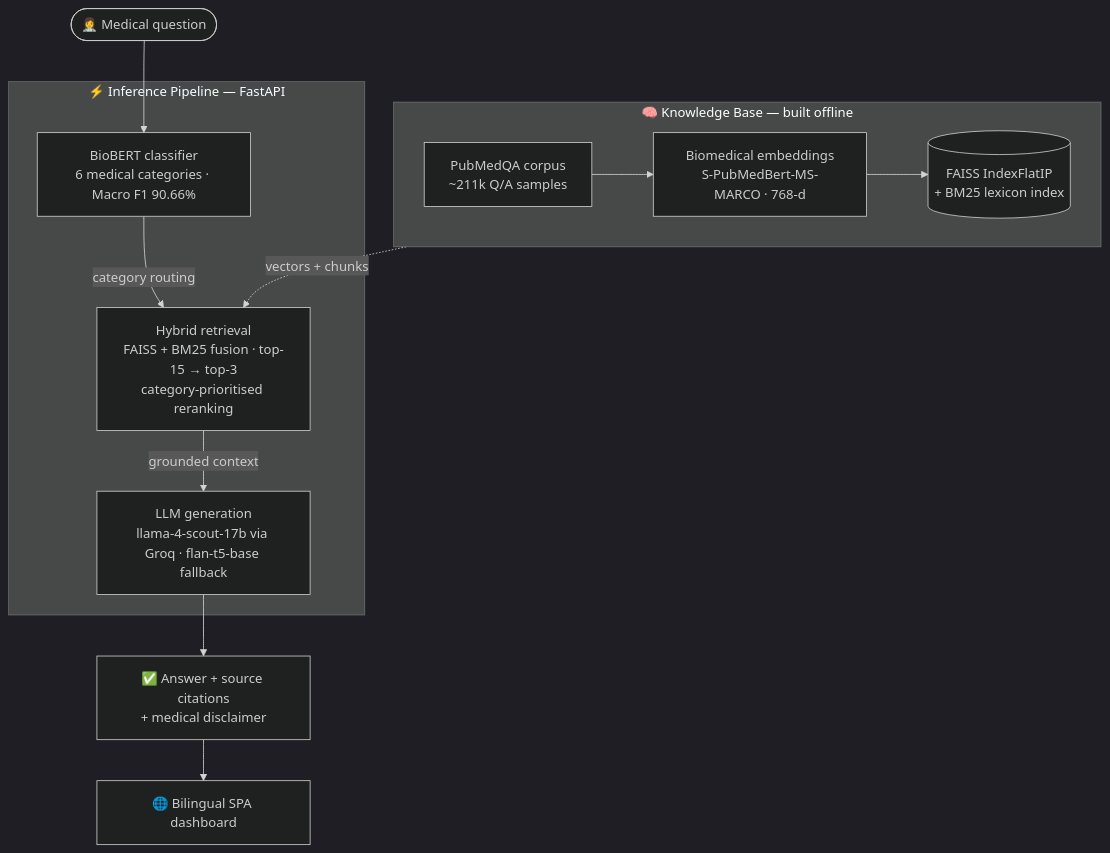
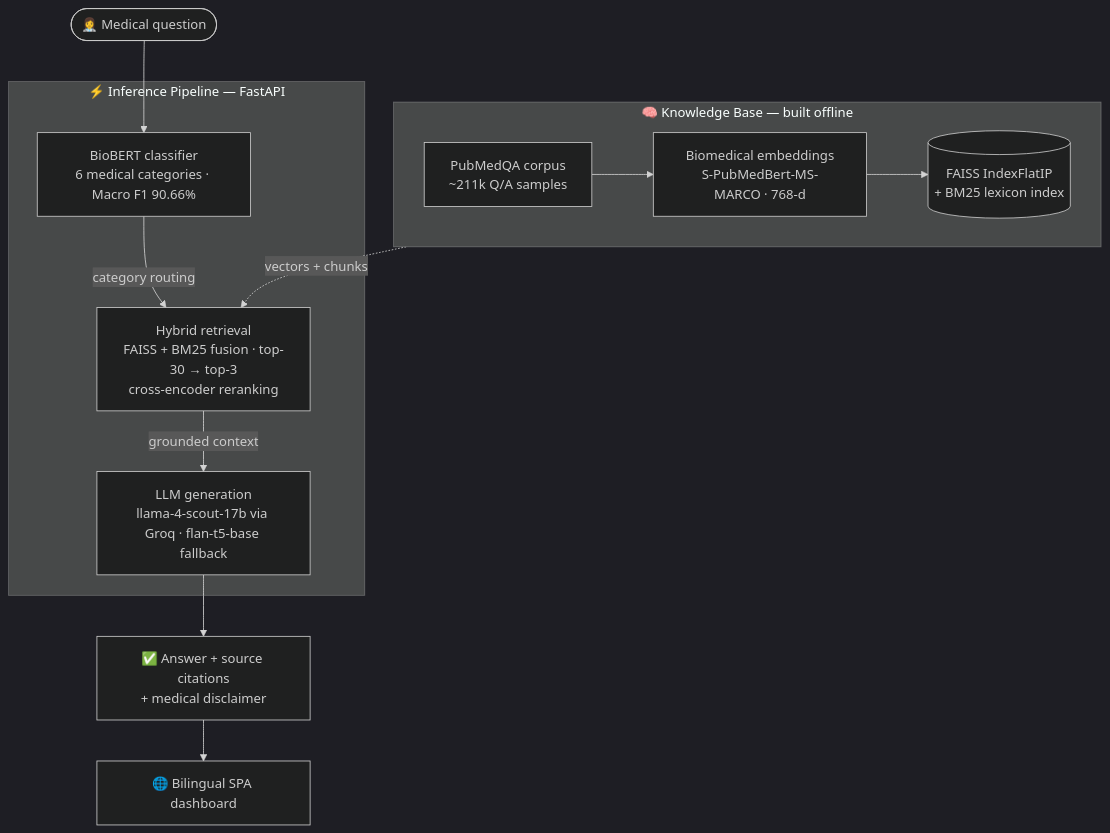
Before and after one commit to AbdelrahmanMatrix/Healthcare-RAG-Powered-Medical-QA-Assistant: the diagram in README.md, drawn with Mermaid (dark theme). The commit also changed other lines of this file and 7 other files, not shown here.

````diff
--- a/README.md
+++ b/README.md
@@ -135,23 +135,23 @@
 ```mermaid
 flowchart TB
     subgraph KB["🧠 Knowledge Base — built offline"]
         direction LR
         PUBMED["PubMedQA corpus<br/>~211k Q/A samples"] --> EMBED["Biomedical embeddings<br/>S-PubMedBert-MS-MARCO · 768-d"]
         EMBED --> INDEX[("FAISS IndexFlatIP<br/>+ BM25 lexicon index")]
     end
 
     Q(["👩‍⚕️ Medical question"]) --> CLS
 
     subgraph SERVE["⚡ Inference Pipeline — FastAPI"]
         CLS["BioBERT classifier<br/>6 medical categories · Macro F1 90.66%"]
-        RET["Hybrid retrieval<br/>FAISS + BM25 fusion · top-15 → top-3<br/>category-prioritised reranking"]
+        RET["Hybrid retrieval<br/>FAISS + BM25 fusion · top-30 → top-3<br/>cross-encoder reranking"]
         GEN["LLM generation<br/>llama-4-scout-17b via Groq · flan-t5-base fallback"]
         CLS -->|"category routing"| RET
         RET -->|"grounded context"| GEN
     end
 
     INDEX -.->|"vectors + chunks"| RET
 
     GEN --> OUT["✅ Answer + source citations<br/>+ medical disclaimer"]
     OUT --> UI["🌐 Bilingual SPA dashboard"]
 ```
````
